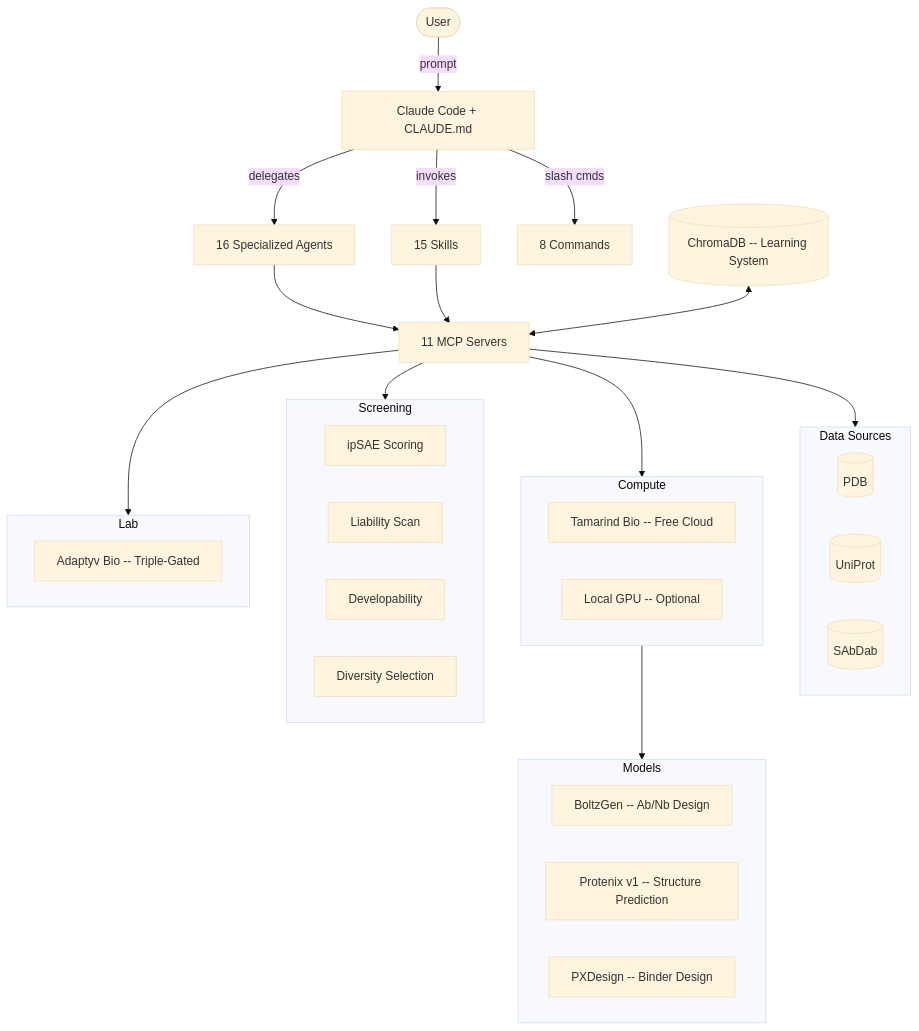
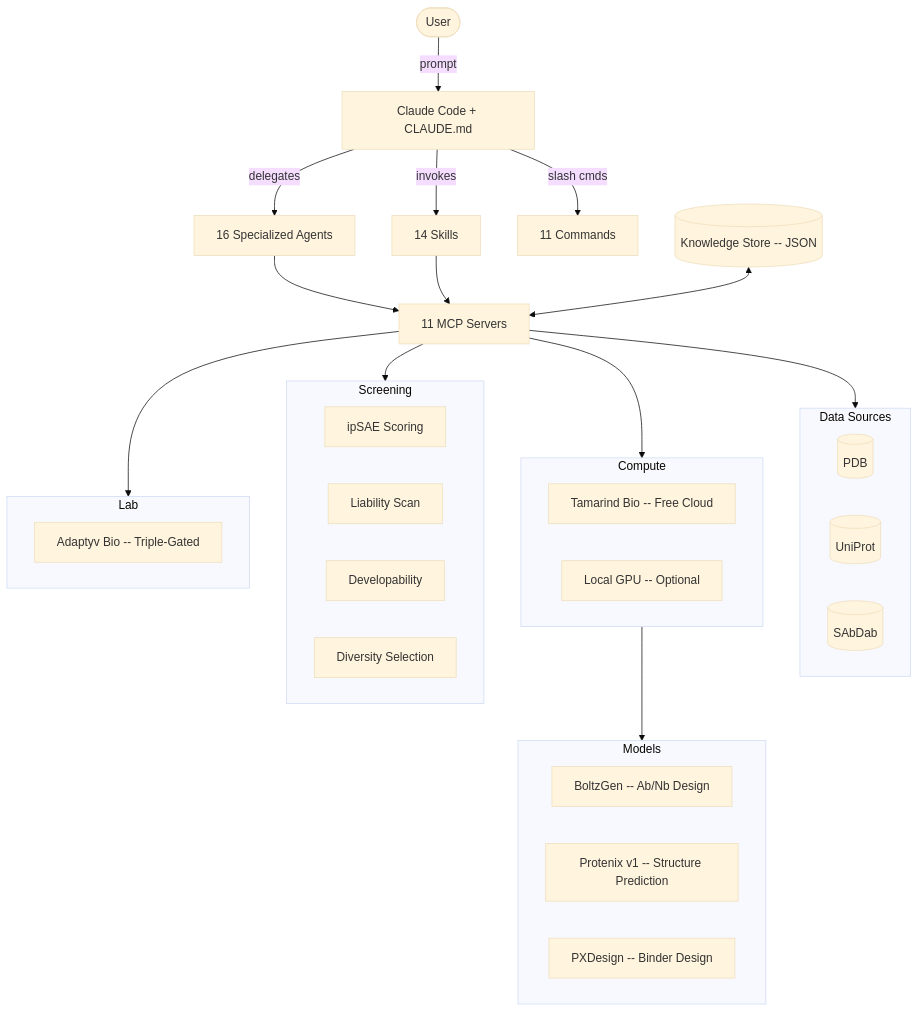
The diagram in README.md (001TMF/blatant-why), drawn with Mermaid (base theme) before and after one commit. The commit also changed other lines of this file and 88 other files, not shown here.

````diff
--- a/README.md
+++ b/README.md
@@ -183,47 +217,47 @@
 ```mermaid
 flowchart TB
     User([User]) -->|prompt| Claude[Claude Code + CLAUDE.md]
 
     Claude -->|delegates| Agents[16 Specialized Agents]
-    Claude -->|invokes| Skills[15 Skills]
-    Claude -->|slash cmds| Commands[8 Commands]
+    Claude -->|invokes| Skills[14 Skills]
+    Claude -->|slash cmds| Commands[11 Commands]
 
     Agents --> MCP[11 MCP Servers]
     Skills --> MCP
 
     subgraph Data["Data Sources"]
         PDB[(PDB)]
         UniProt[(UniProt)]
         SAbDab[(SAbDab)]
     end
 
     subgraph Compute["Compute"]
         Tamarind["Tamarind Bio -- Free Cloud"]
         LocalGPU["Local GPU -- Optional"]
     end
 
     subgraph Models["Models"]
         BoltzGen["BoltzGen -- Ab/Nb Design"]
         Protenix["Protenix v1 -- Structure Prediction"]
         PXDesign["PXDesign -- Binder Design"]
     end
 
     subgraph Screening["Screening"]
         ipSAE["ipSAE Scoring"]
         Liabilities["Liability Scan"]
         Developability["Developability"]
         Diversity["Diversity Selection"]
     end
 
     subgraph Lab["Lab"]
         Adaptyv["Adaptyv Bio -- Triple-Gated"]
     end
 
     MCP --> Data
     MCP --> Compute
     Compute --> Models
     MCP --> Screening
     MCP --> Lab
 
-    ChromaDB[(ChromaDB -- Learning System)] <--> MCP
+    Knowledge[("Knowledge Store -- JSON")] <--> MCP
 ```
````
